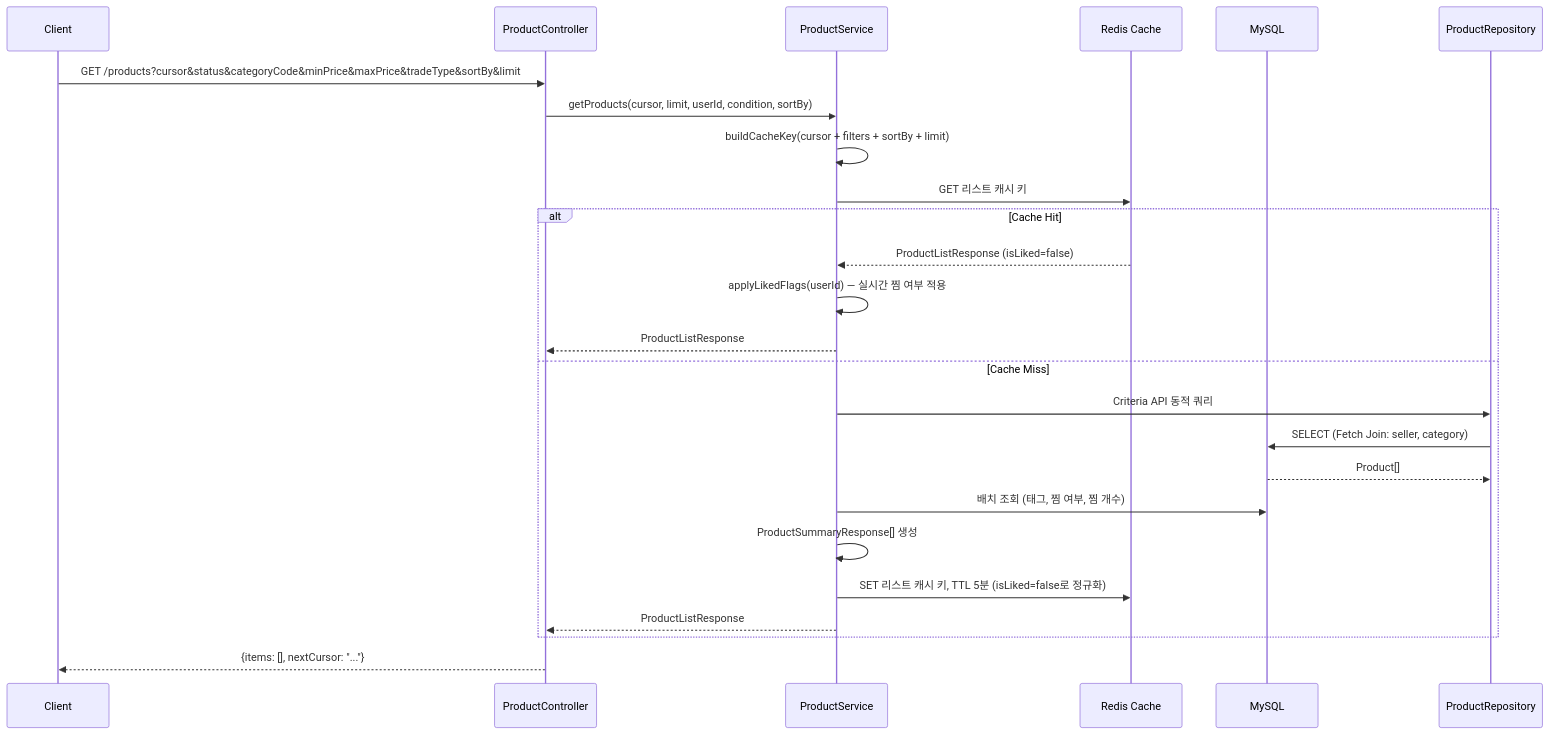
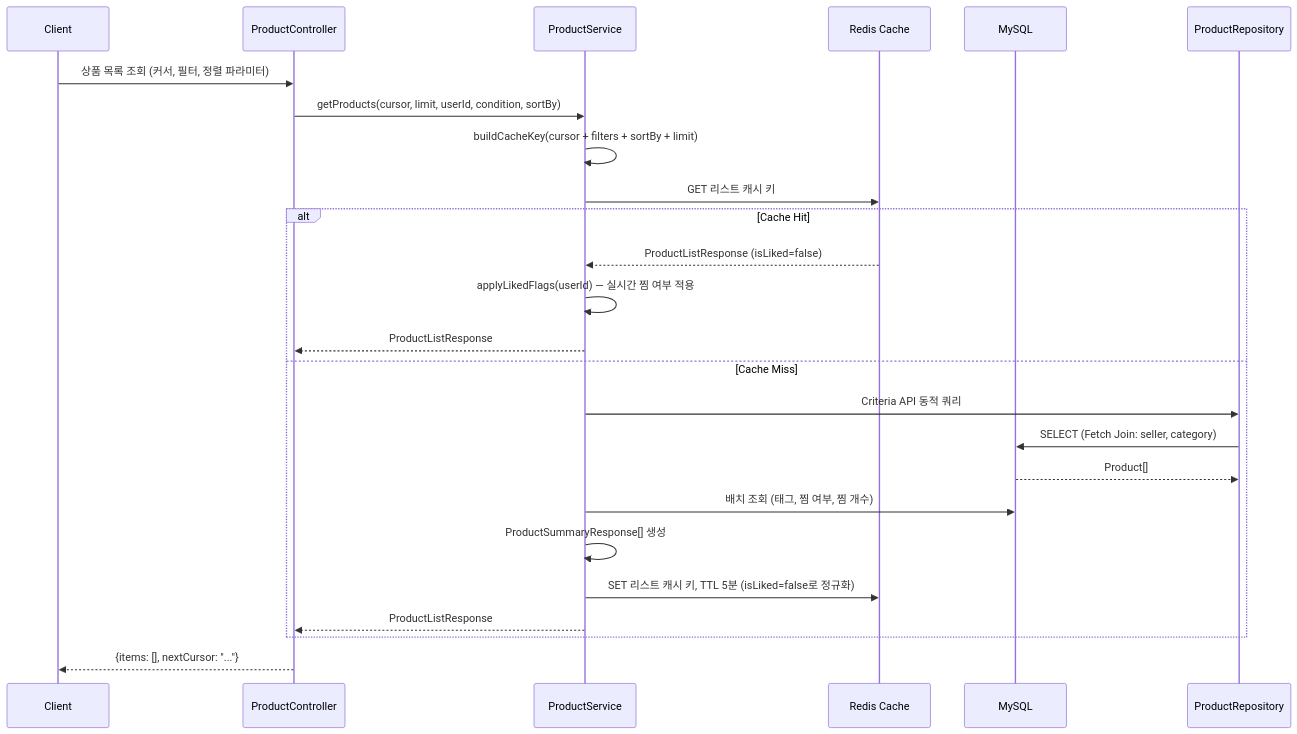
The first of 8 diagrams in architecture/product-domain.md (cherry-market/cherry-architecture), drawn with Mermaid before and after one commit. The commit also changed other lines of this file and 6 other files, not shown here.

````diff
--- a/architecture/product-domain.md
+++ b/architecture/product-domain.md
@@ -93,28 +93,28 @@
 ```mermaid
 sequenceDiagram
     participant C as Client
     participant API as ProductController
     participant SVC as ProductService
     participant Redis as Redis Cache
     participant DB as MySQL
     participant Repo as ProductRepository
 
-    C->>API: GET /products?cursor&status&categoryCode&minPrice&maxPrice&tradeType&sortBy&limit
+    C->>API: 상품 목록 조회 (커서, 필터, 정렬 파라미터)
     API->>SVC: getProducts(cursor, limit, userId, condition, sortBy)
     SVC->>SVC: buildCacheKey(cursor + filters + sortBy + limit)
     SVC->>Redis: GET 리스트 캐시 키
     alt Cache Hit
         Redis-->>SVC: ProductListResponse (isLiked=false)
         SVC->>SVC: applyLikedFlags(userId) — 실시간 찜 여부 적용
         SVC-->>API: ProductListResponse
     else Cache Miss
         SVC->>Repo: Criteria API 동적 쿼리
         Repo->>DB: SELECT (Fetch Join: seller, category)
         DB-->>Repo: Product[]
         SVC->>DB: 배치 조회 (태그, 찜 여부, 찜 개수)
         SVC->>SVC: ProductSummaryResponse[] 생성
         SVC->>Redis: SET 리스트 캐시 키, TTL 5분 (isLiked=false로 정규화)
         SVC-->>API: ProductListResponse
     end
     API-->>C: {items: [], nextCursor: "..."}
 ```
````
